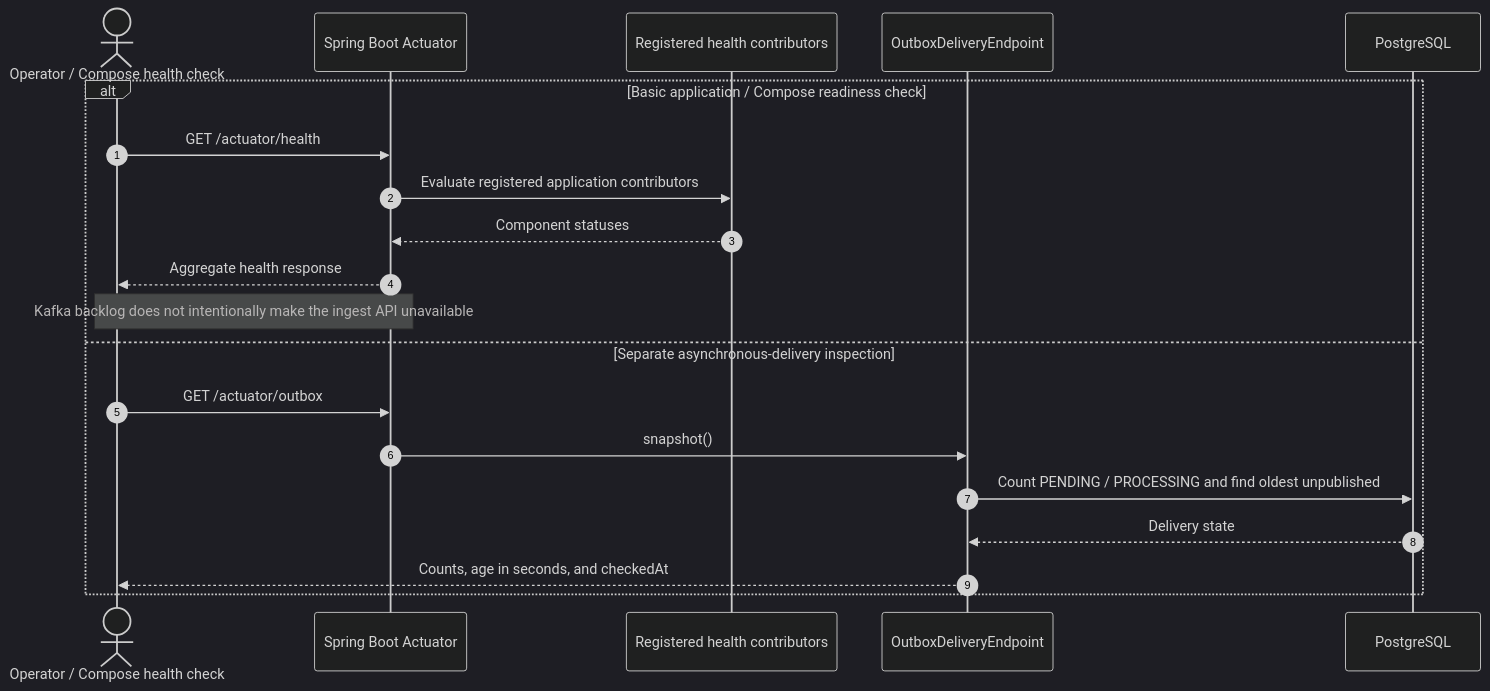
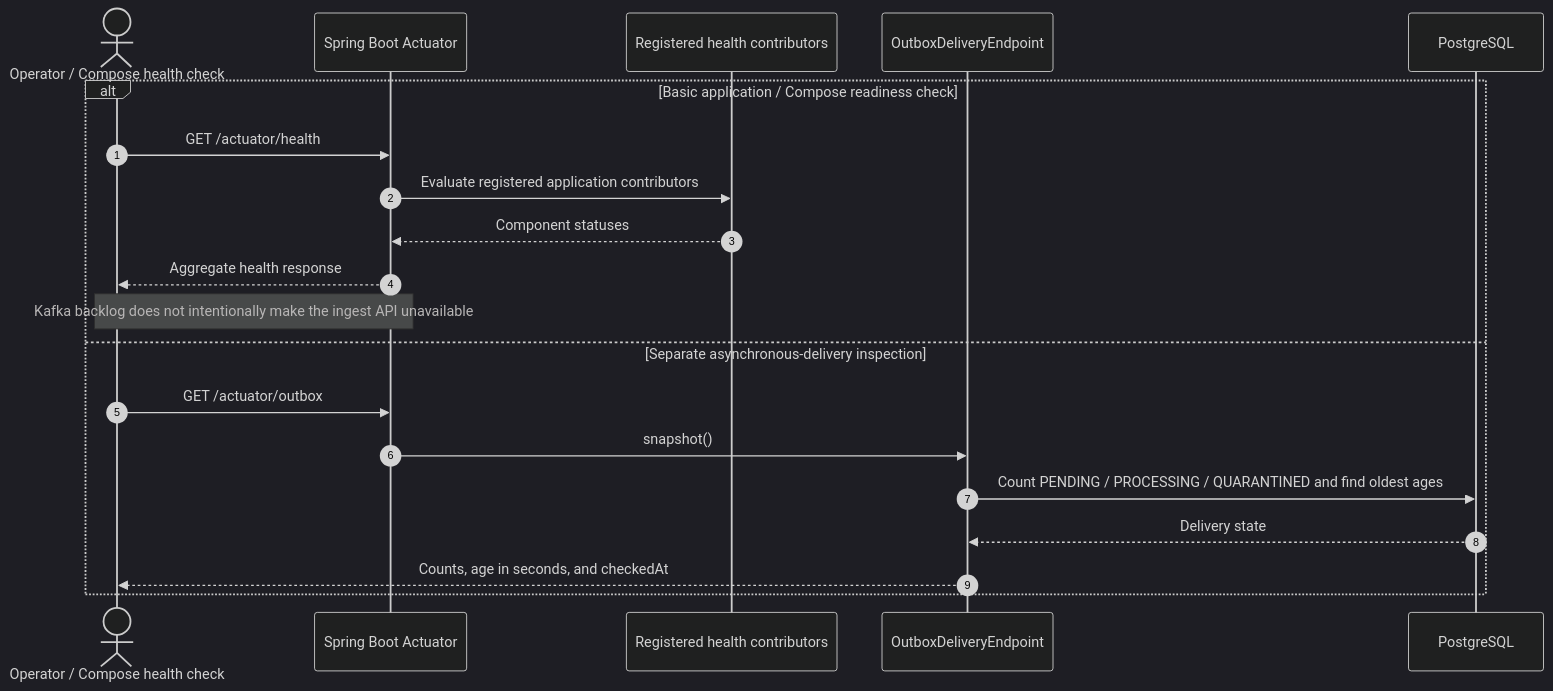
The ninth of 19 diagrams in docs/sequence-diagrams.md (tarunngusain08/transaction-outbox-service), drawn with Mermaid (dark theme) before and after one commit. The commit also changed other lines of this file and 8 other files, not shown here.

````diff
--- a/docs/sequence-diagrams.md
+++ b/docs/sequence-diagrams.md
@@ -258,23 +302,23 @@
 ```mermaid
 sequenceDiagram
     autonumber
     actor Probe as Operator / Compose health check
     participant Actuator as Spring Boot Actuator
     participant Indicators as Registered health contributors
     participant Outbox as OutboxDeliveryEndpoint
     participant DB as PostgreSQL
 
     alt Basic application / Compose readiness check
         Probe->>Actuator: GET /actuator/health
         Actuator->>Indicators: Evaluate registered application contributors
         Indicators-->>Actuator: Component statuses
         Actuator-->>Probe: Aggregate health response
         Note over Probe,Actuator: Kafka backlog does not intentionally make the ingest API unavailable
     else Separate asynchronous-delivery inspection
         Probe->>Actuator: GET /actuator/outbox
         Actuator->>Outbox: snapshot()
-        Outbox->>DB: Count PENDING / PROCESSING and find oldest unpublished
+        Outbox->>DB: Count PENDING / PROCESSING / QUARANTINED and find oldest ages
         DB-->>Outbox: Delivery state
         Outbox-->>Probe: Counts, age in seconds, and checkedAt
     end
 ```
````
